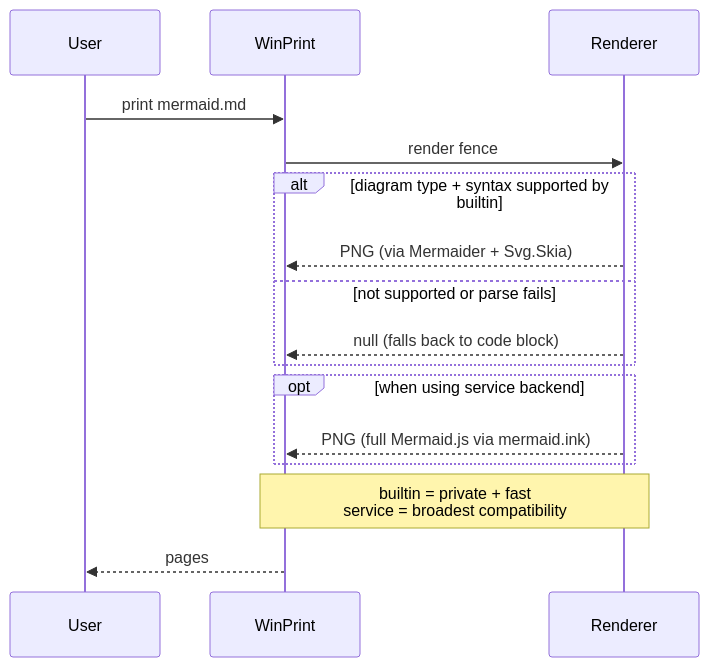
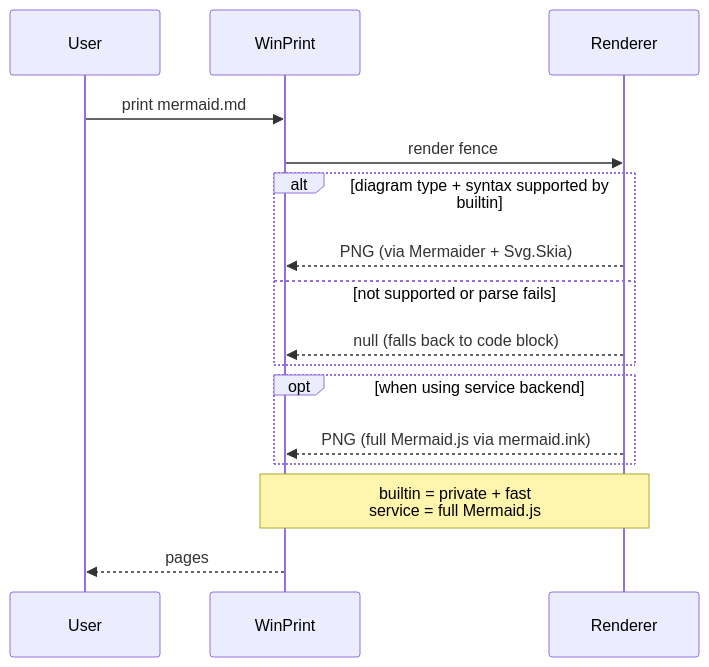
The second of 28 diagrams in testfiles/mermaid.md (tig/winprint), drawn with Mermaid before and after one commit. The commit also changed other lines of this file and 13 other files, not shown here.

````diff
--- a/testfiles/mermaid.md
+++ b/testfiles/mermaid.md
@@ -52,18 +50,18 @@
 ```mermaid
 sequenceDiagram
     participant U as User
     participant W as WinPrint
     participant R as Renderer
     U->>W: print mermaid.md
     W->>R: render fence
     alt diagram type + syntax supported by builtin
         R-->>W: PNG (via Mermaider + Svg.Skia)
     else not supported or parse fails
         R-->>W: null (falls back to code block)
     end
     opt when using service backend
         R-->>W: PNG (full Mermaid.js via mermaid.ink)
     end
-    Note over W,R: builtin = private + fast<br/>service = broadest compatibility
+    Note over W,R: builtin = private + fast<br/>service = full Mermaid.js
     W-->>U: pages
 ```
````
